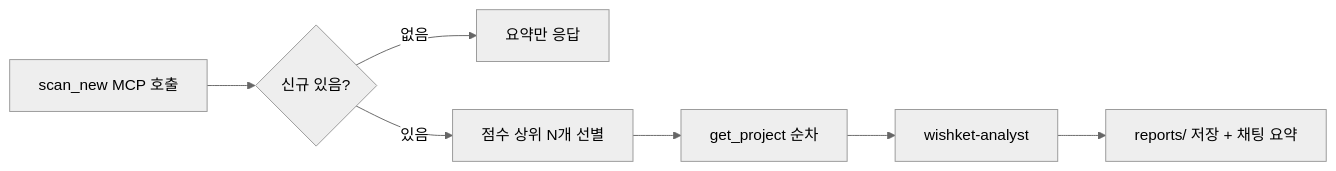
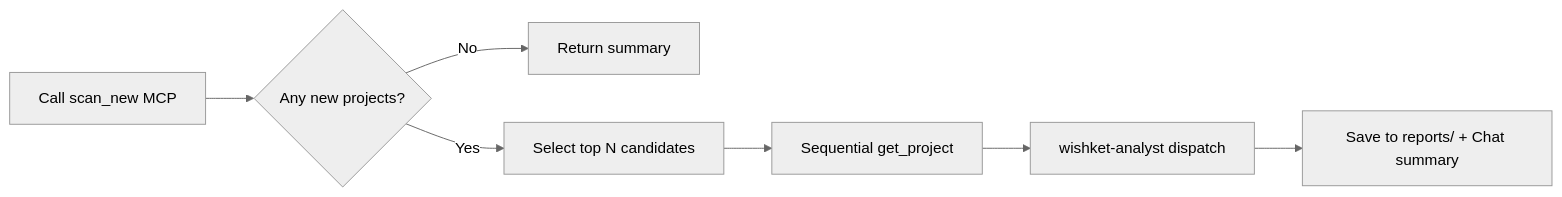
One commit to epicsagas/wishket-radar changed the diagram in skills/wishket-scout/SKILL.md. Above: the diagram before and after it, drawn with Mermaid (neutral theme). The commit also changed other lines of this file and 14 other files, not shown here.

````diff
--- a/skills/wishket-scout/SKILL.md
+++ b/skills/wishket-scout/SKILL.md
@@ -10,9 +10,9 @@
 ```mermaid
 flowchart LR
-    A[scan_new MCP 호출] --> B{신규 있음?}
-    B -- 없음 --> Z[요약만 응답]
-    B -- 있음 --> C[점수 상위 N개 선별]
-    C --> D[get_project 순차]
-    D --> E[wishket-analyst]
-    E --> F[reports/ 저장 + 채팅 요약]
+    A[Call scan_new MCP] --> B{Any new projects?}
+    B -- No --> Z[Return summary]
+    B -- Yes --> C[Select top N candidates]
+    C --> D[Sequential get_project]
+    D --> E[wishket-analyst dispatch]
+    E --> F[Save to reports/ + Chat summary]
 ```
````
